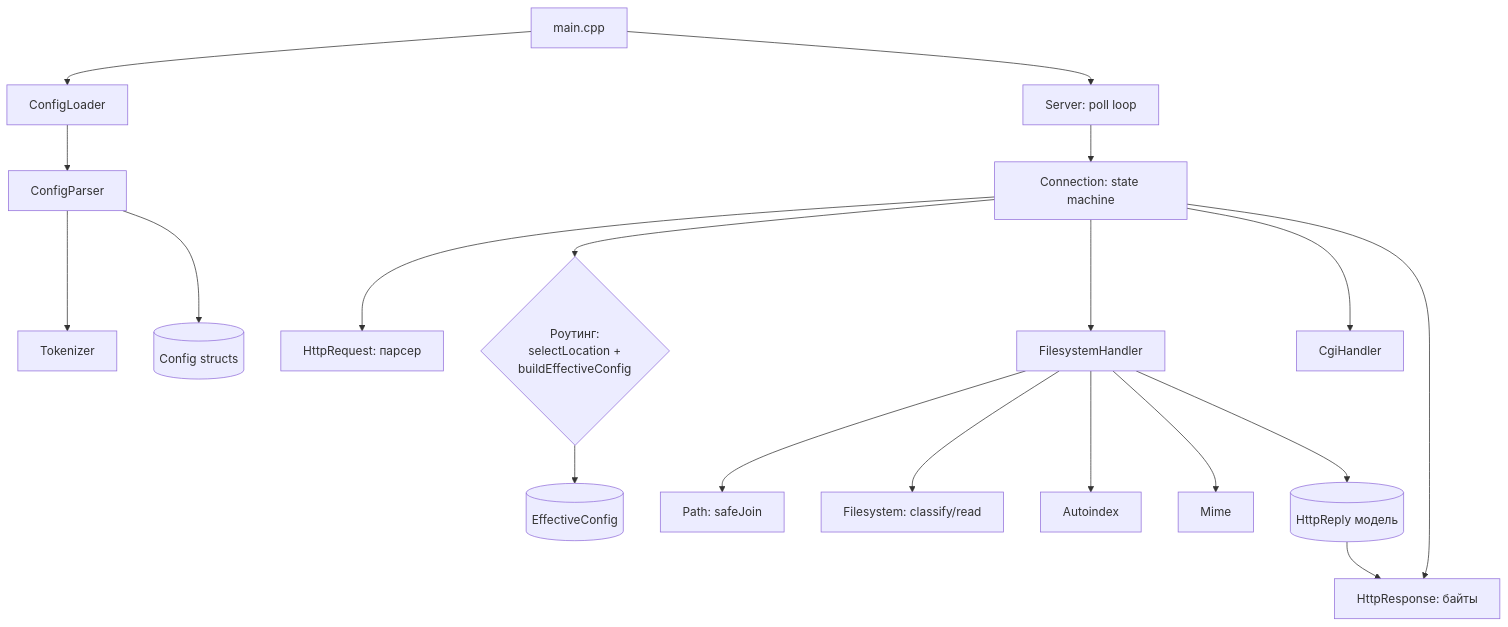
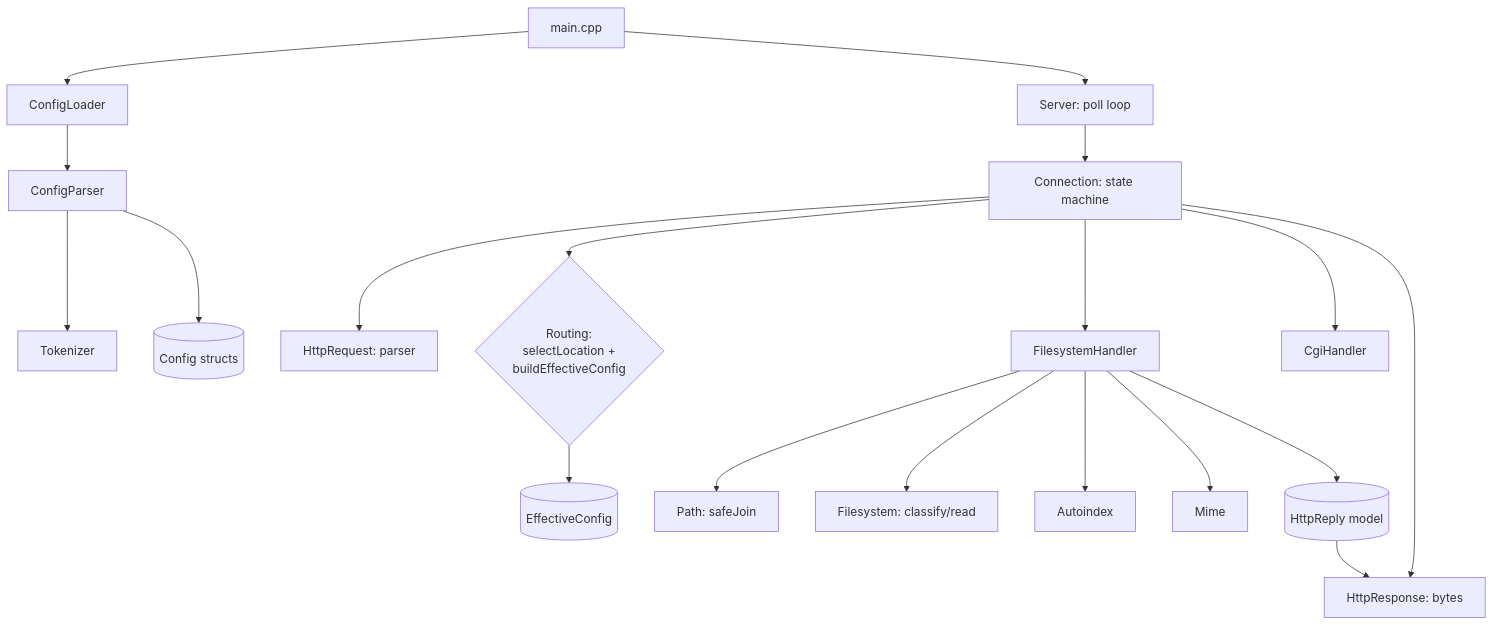
Before and after one commit to Knowledge82/webserv: the first of 2 diagrams in docs/03-architecture.md, drawn with Mermaid. The commit also changed other lines of this file, not shown here.

````diff
--- a/docs/03-architecture.md
+++ b/docs/03-architecture.md
@@ -31,20 +31,20 @@
 ```mermaid
 flowchart TD
     main[main.cpp] --> CL[ConfigLoader]
     CL --> CP[ConfigParser] --> TZ[Tokenizer]
     CP --> CFG[(Config structs)]
     main --> SRV[Server: poll loop]
     SRV --> CONN[Connection: state machine]
-    CONN --> REQ[HttpRequest: парсер]
-    CONN --> ROUTE{Роутинг:<br/>selectLocation +<br/>buildEffectiveConfig}
+    CONN --> REQ[HttpRequest: parser]
+    CONN --> ROUTE{Routing:<br/>selectLocation +<br/>buildEffectiveConfig}
     ROUTE --> EFF[(EffectiveConfig)]
     CONN --> FH[FilesystemHandler]
     FH --> PATH[Path: safeJoin]
     FH --> FS[Filesystem: classify/read]
     FH --> AI[Autoindex]
     FH --> MIME[Mime]
     CONN --> CGI[CgiHandler]
-    CONN --> RESP[HttpResponse: байты]
-    FH --> REPLY[(HttpReply модель)]
+    CONN --> RESP[HttpResponse: bytes]
+    FH --> REPLY[(HttpReply model)]
     REPLY --> RESP
 ```
````
